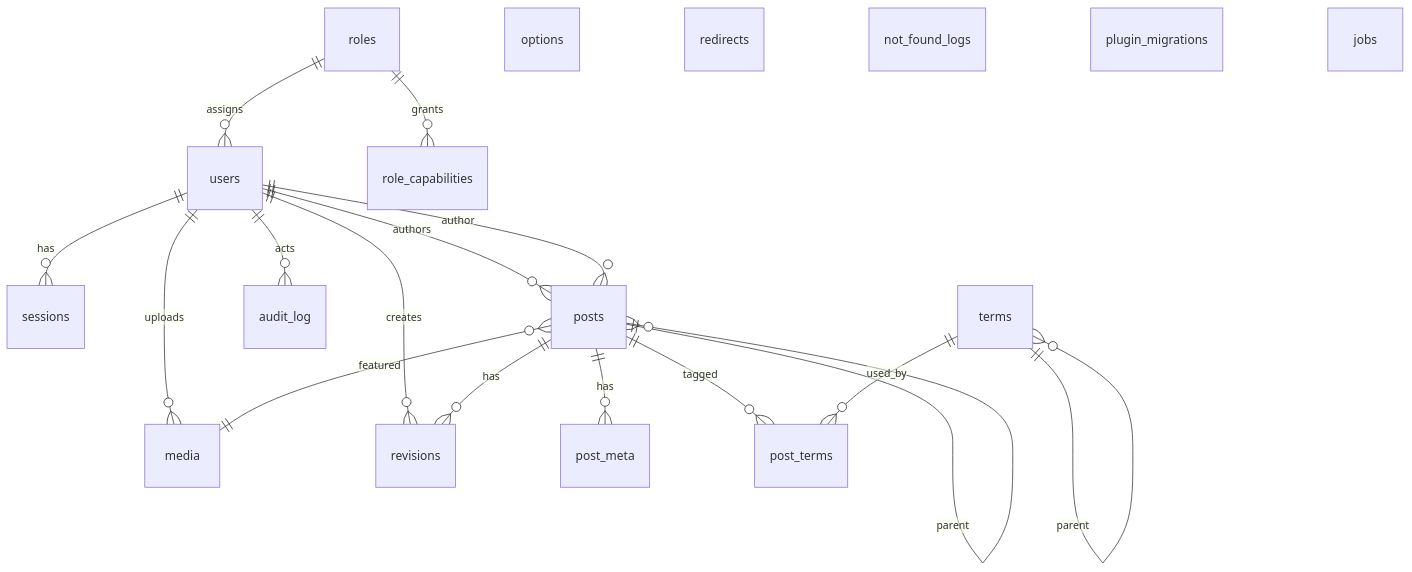
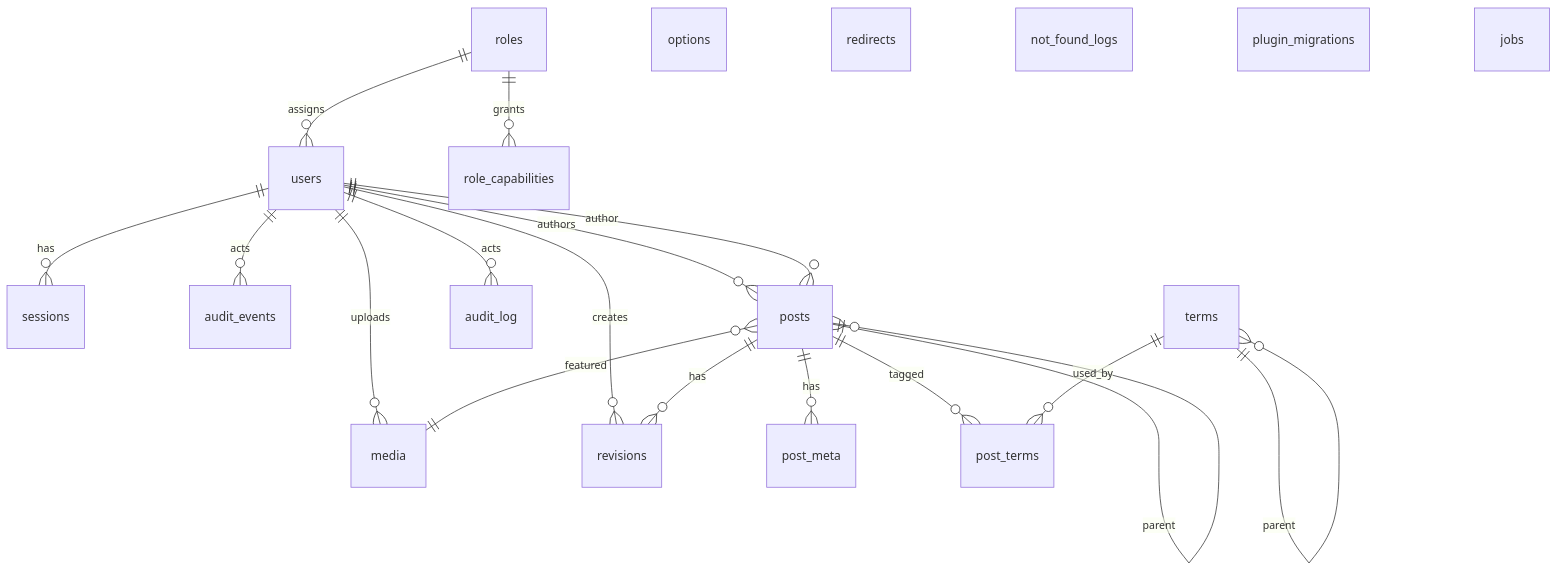
Before and after one commit to nilesh32236/mernpress: the first of 2 diagrams in docs/architecture/content-model.md, drawn with Mermaid. The commit also changed other lines of this file and 68 other files, not shown here.

````diff
--- a/docs/architecture/content-model.md
+++ b/docs/architecture/content-model.md
@@ -26,26 +28,27 @@
 ```mermaid
 erDiagram
   users ||--o{ sessions : has
+  users ||--o{ audit_events : acts
   roles ||--o{ users : assigns
   roles ||--o{ role_capabilities : grants
   users ||--o{ posts : authors
   users ||--o{ media : uploads
   users ||--o{ revisions : creates
   users ||--o{ audit_log : acts
 
   posts ||--o{ posts : parent
   posts ||--o{ post_meta : has
   posts ||--o{ post_terms : tagged
   posts ||--o{ revisions : has
   posts }o--|| media : featured
   posts }o--|| users : author
 
   terms ||--o{ post_terms : used_by
   terms ||--o{ terms : parent
 
   options
   redirects
   not_found_logs
   plugin_migrations
   jobs
 ```
````
